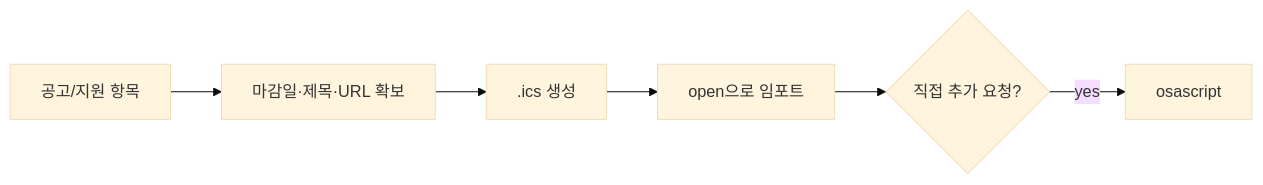
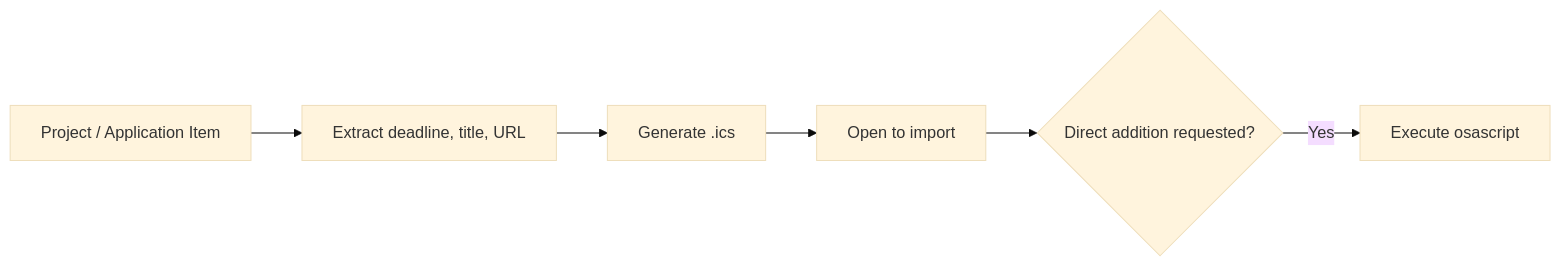
Before and after one commit to epicsagas/wishket-radar: the diagram in skills/wishket-deadline/SKILL.md, drawn with Mermaid (base theme). The commit also changed other lines of this file and 14 other files, not shown here.

````diff
--- a/skills/wishket-deadline/SKILL.md
+++ b/skills/wishket-deadline/SKILL.md
@@ -10,8 +10,8 @@
 ```mermaid
 flowchart LR
-    A[공고/지원 항목] --> B[마감일·제목·URL 확보]
-    B --> C[.ics 생성]
-    C --> D[open으로 임포트]
-    D --> E{직접 추가 요청?}
-    E -- yes --> F[osascript]
+    A[Project / Application Item] --> B[Extract deadline, title, URL]
+    B --> C[Generate .ics]
+    C --> D[Open to import]
+    D --> E{Direct addition requested?}
+    E -- Yes --> F[Execute osascript]
 ```
````
